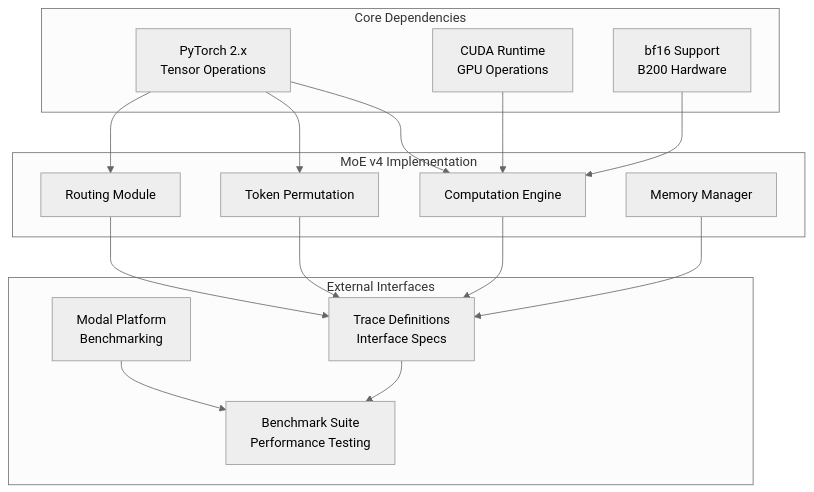
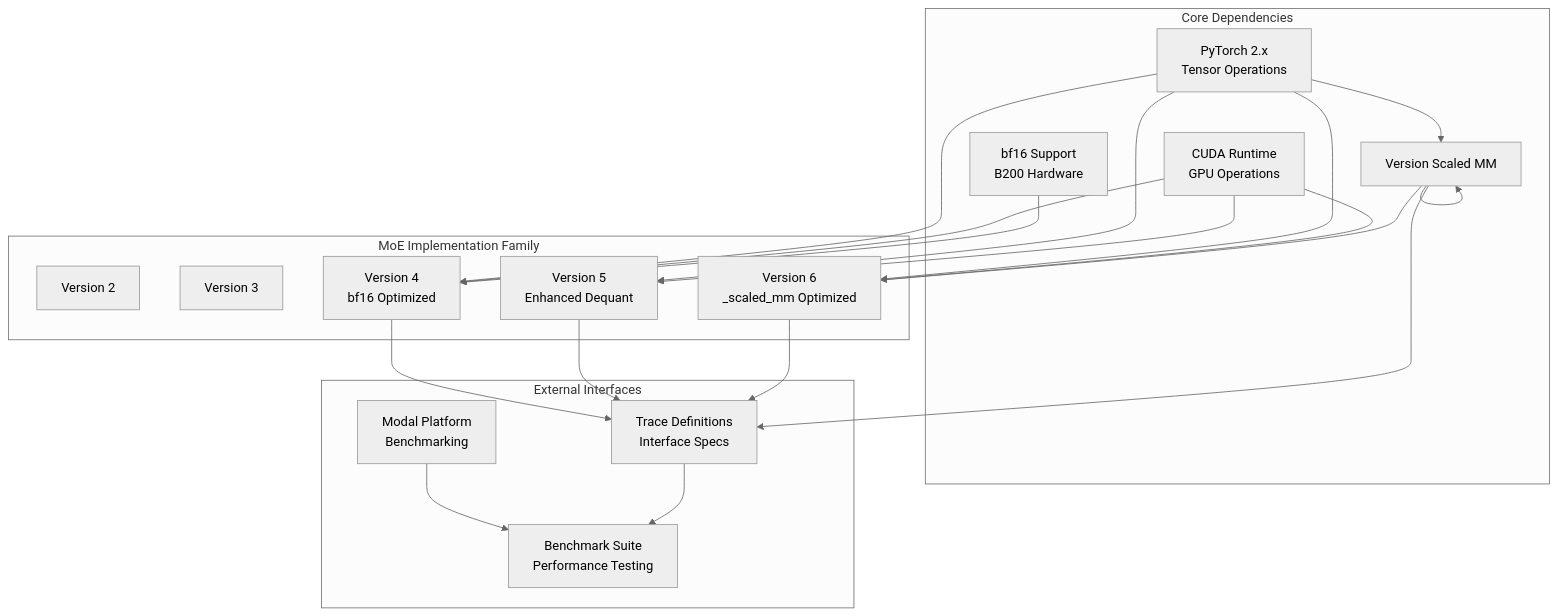
One commit to gugudeshubao/flashinfer-bench-tma-thrust changed the ninth of 9 diagrams in .qoder/repowiki/en/content/Core Kernels/MoE Solution v4 Kernel Implementation.md. Above: the diagram before and after it, drawn with Mermaid (neutral theme). The commit also changed other lines of this file and 19 other files, not shown here.

````diff
--- a/.qoder/repowiki/en/content/Core Kernels/MoE Solution v4 Kernel Implementation.md
+++ b/.qoder/repowiki/en/content/Core Kernels/MoE Solution v4 Kernel Implementation.md
@@ -278,30 +393,38 @@
 ```mermaid
 graph TB
 subgraph "Core Dependencies"
 TORCH[PyTorch 2.x<br/>Tensor Operations]
 CUDA[CUDA Runtime<br/>GPU Operations]
 BF16[bf16 Support<br/>B200 Hardware]
+SCMK[torch._scaled_mm<br/>FP8 Tensor Core]
 end
-subgraph "MoE v4 Implementation"
-ROUTE[Routing Module]
-PERM[Token Permutation]
-COMPUTE[Computation Engine]
-MEM[Memory Manager]
+subgraph "MoE Implementation Family"
+V2[Version 2]
+V3[Version 3]
+V4[Version 4<br/>bf16 Optimized]
+V5[Version 5<br/>Enhanced Dequant]
+V6[Version 6<br/>_scaled_mm Optimized]
+SCMK[Version Scaled MM]
 end
 subgraph "External Interfaces"
 MODAL[Modal Platform<br/>Benchmarking]
 TRACE[Trace Definitions<br/>Interface Specs]
 BENCH[Benchmark Suite<br/>Performance Testing]
 end
-TORCH --> ROUTE
-TORCH --> PERM
-TORCH --> COMPUTE
-CUDA --> COMPUTE
-BF16 --> COMPUTE
-ROUTE --> TRACE
-PERM --> TRACE
-COMPUTE --> TRACE
-MEM --> TRACE
+TORCH --> V4
+TORCH --> V5
+TORCH --> V6
+TORCH --> SCMK
+CUDA --> V4
+CUDA --> V5
+CUDA --> V6
+BF16 --> V4
+SCMK --> V6
+SCMK --> SCMK
+V4 --> TRACE
+V5 --> TRACE
+V6 --> TRACE
+SCMK --> TRACE
 MODAL --> BENCH
 TRACE --> BENCH
 ```
````
